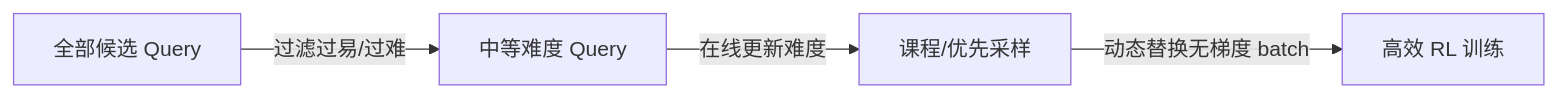
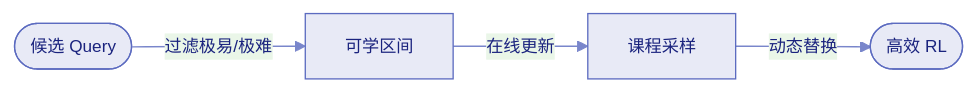
The fifth of 8 diagrams in docs/post-training/ch2/2.9-data-engineering.md (XavierZhang2002/agentic-rl-analysis), drawn with Mermaid before and after one commit. The commit also changed other lines of this file and 1 other file, not shown here.

First line of the commit message:
style: 优化 Mermaid 图表视觉效果

````diff
--- a/docs/post-training/ch2/2.9-data-engineering.md
+++ b/docs/post-training/ch2/2.9-data-engineering.md
@@ -193,6 +201,5 @@
 ```mermaid
+%%{init: {'theme': 'base', 'themeVariables': {'primaryColor': '#e8eaf6', 'primaryTextColor': '#1a237e', 'primaryBorderColor': '#5c6bc0', 'lineColor': '#7986cb', 'fontFamily': 'Noto Sans SC, sans-serif', 'fontSize': '13px'}}}%%
 flowchart LR
-    All["全部候选 Query"] -->|"过滤过易/过难"| Mid["中等难度 Query"]
-    Mid -->|"在线更新难度"| Curr["课程/优先采样"]
-    Curr -->|"动态替换无梯度 batch"| Eff["高效 RL 训练"]
+    All(["候选 Query"]) -->|"过滤极易/极难"| Mid["可学区间"] -->|"在线更新"| Curr["课程采样"] -->|"动态替换"| Eff([高效 RL])
 ```
````
